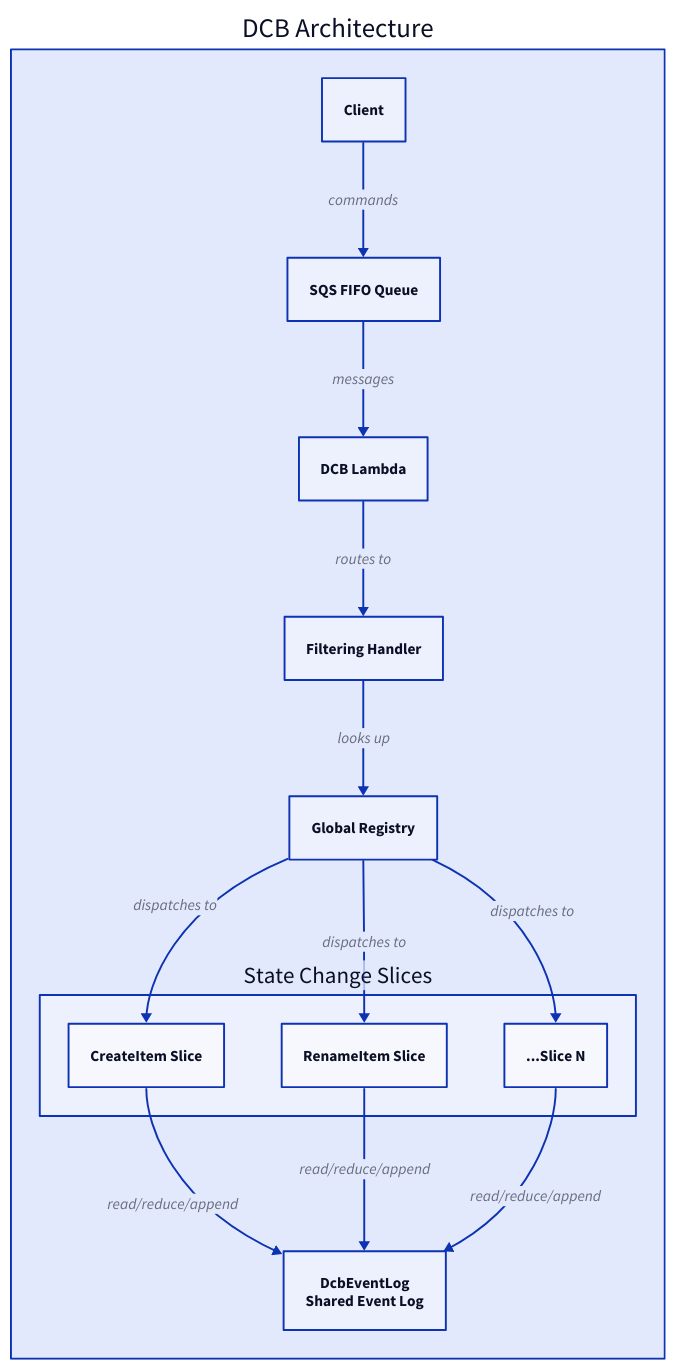
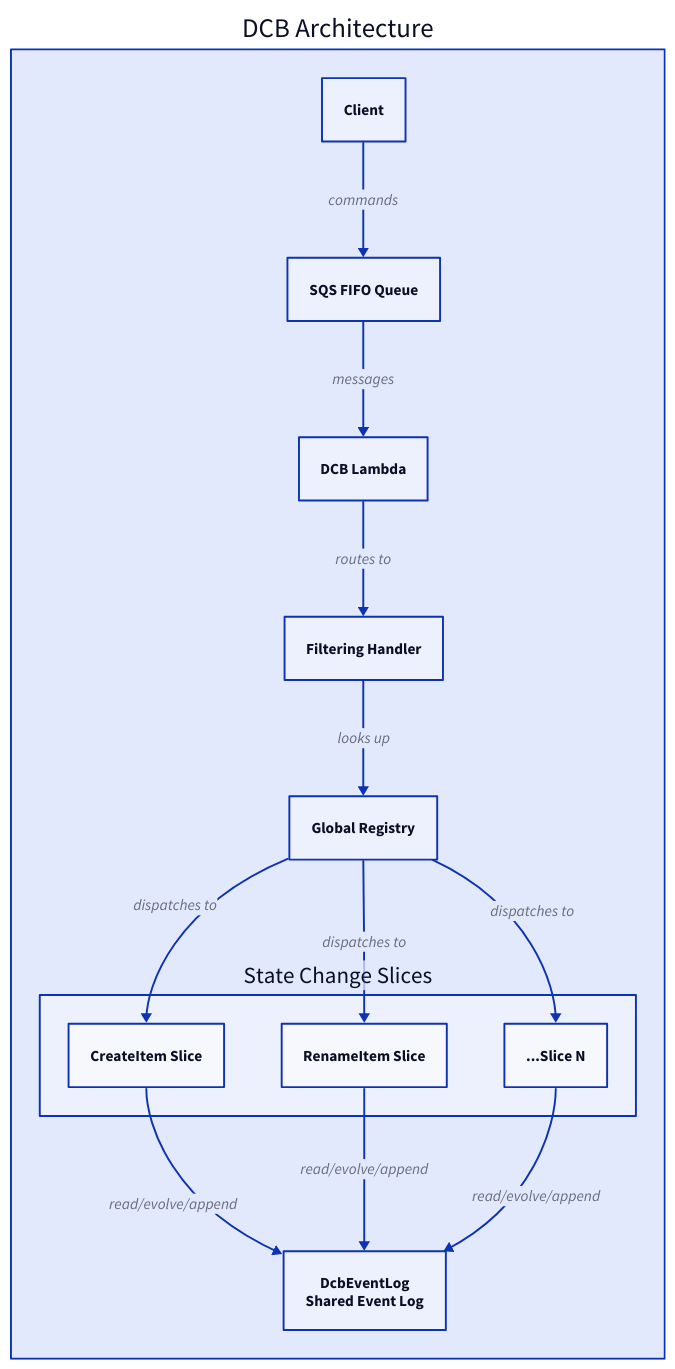
One commit to ReventlessDev/reventless-core changed the second of 3 diagrams in packages/doc/docs-app/components/statechangeslice.md. Above: the diagram before and after it, drawn with D2. The commit also changed other lines of this file and 230 other files, not shown here.

````diff
--- a/packages/doc/docs-app/components/statechangeslice.md
+++ b/packages/doc/docs-app/components/statechangeslice.md
@@ -44,32 +44,32 @@
 ```d2
 DCBArchitecture: DCB Architecture {
   class: plugin-area
 
   Client: Client { class: client }
   SQS: SQS FIFO Queue { class: aws-service }
   Lambda: DCB Lambda { class: aws-service }
   FilteringHandler: Filtering Handler
   Registry: Global Registry
 
   Slices: State Change Slices {
     class: slices-area
     Slice1: CreateItem Slice { class: state-change-slice }
     Slice2: RenameItem Slice { class: state-change-slice }
     SliceN: ...Slice N { class: state-change-slice }
   }
 
   DcbEventLog: DcbEventLog\nShared Event Log { class: dcb-event-log }
 
   Client -> SQS: commands { class: command-flow }
   SQS -> Lambda: messages
   Lambda -> FilteringHandler: routes to { class: command-flow }
   FilteringHandler -> Registry: looks up
   Registry -> Slices.Slice1: dispatches to { class: command-flow }
   Registry -> Slices.Slice2: dispatches to { class: command-flow }
   Registry -> Slices.SliceN: dispatches to { class: command-flow }
 
-  Slices.Slice1 -> DcbEventLog: read/reduce/append { class: event-flow }
-  Slices.Slice2 -> DcbEventLog: read/reduce/append { class: event-flow }
-  Slices.SliceN -> DcbEventLog: read/reduce/append { class: event-flow }
+  Slices.Slice1 -> DcbEventLog: read/evolve/append { class: event-flow }
+  Slices.Slice2 -> DcbEventLog: read/evolve/append { class: event-flow }
+  Slices.SliceN -> DcbEventLog: read/evolve/append { class: event-flow }
 }
 ```
````
